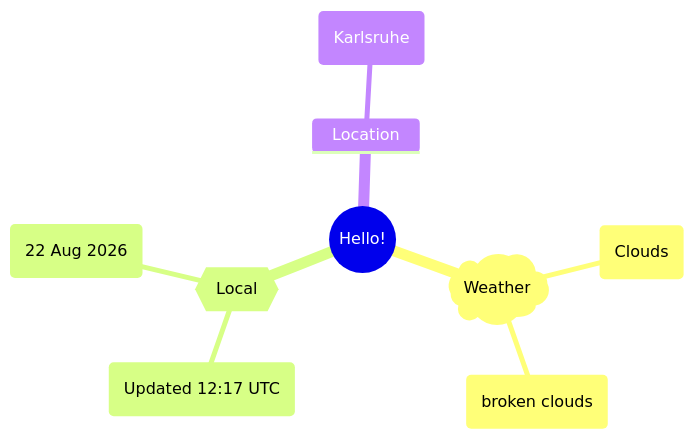
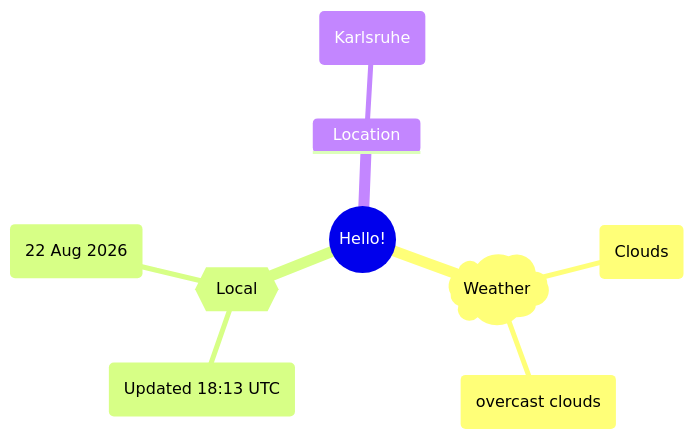
One commit to Xosrov/Xosrov changed the first of 2 diagrams in README.md. Above: the diagram before and after it, drawn with Mermaid.

Commit message:
[bot] updated images

````diff
--- a/README.md
+++ b/README.md
@@ -3,12 +3,12 @@
 ```mermaid
 mindmap
   root((Hello!))
     )Weather(
         (Clouds)
-        (broken clouds)
+        (overcast clouds)
     {{Local}}
-        (Updated 12:17 UTC)
+        (Updated 18:13 UTC)
         (22 Aug 2026)
     Location
         (Karlsruhe)
 ```
````
